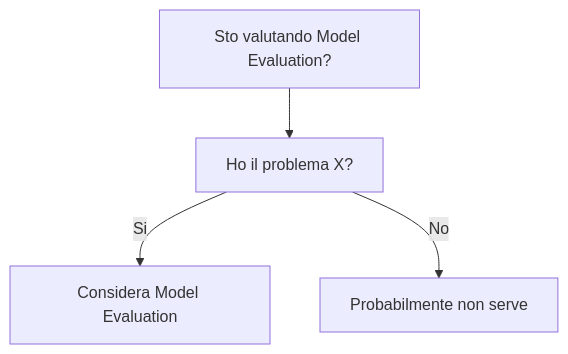
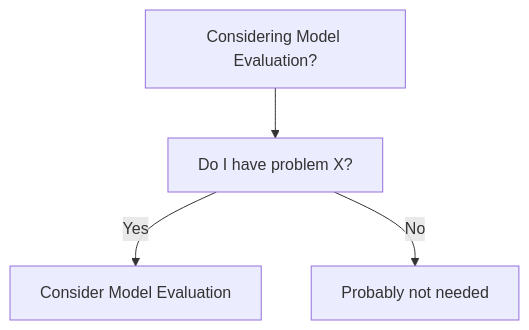
Before and after one commit to HxT9/Software-Dev-Wiki: the diagram in dev-wiki/22_AI_ML_Integration/Model_Evaluation/When_To_Use.md, drawn with Mermaid. The commit also changed other lines of this file and 3444 other files, not shown here.

````diff
--- a/dev-wiki/22_AI_ML_Integration/Model_Evaluation/When_To_Use.md
+++ b/dev-wiki/22_AI_ML_Integration/Model_Evaluation/When_To_Use.md
@@ -19,6 +19,6 @@
 ```mermaid
 flowchart TD
-  Q[Sto valutando Model Evaluation?] --> Q1[Ho il problema X?]
-  Q1 -->|Si| OK[Considera Model Evaluation]
-  Q1 -->|No| NO[Probabilmente non serve]
+  Q[Considering Model Evaluation?] --> Q1[Do I have problem X?]
+  Q1 -->|Yes| OK[Consider Model Evaluation]
+  Q1 -->|No| NO[Probably not needed]
 ```
````
